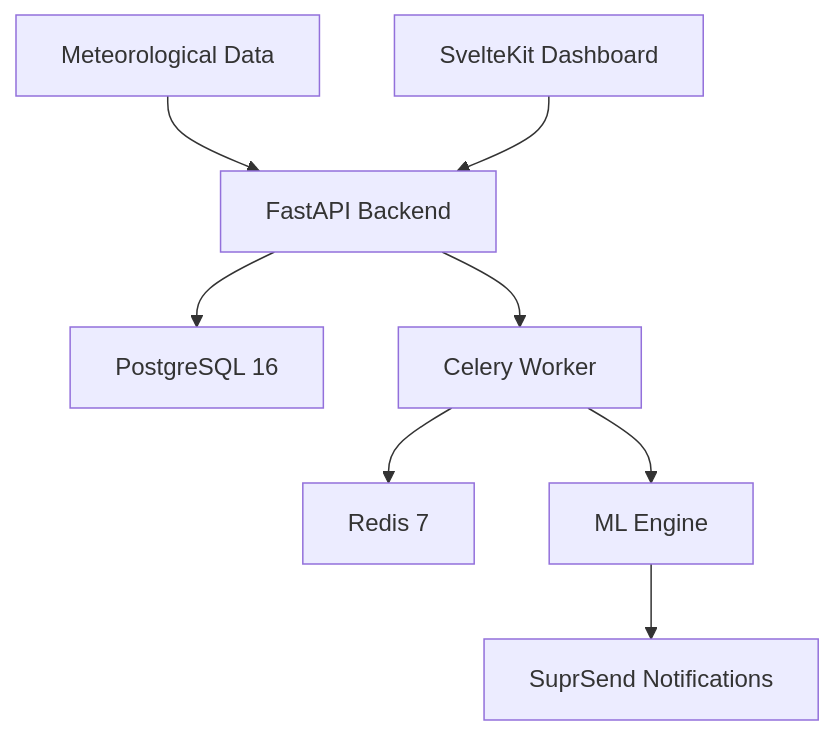
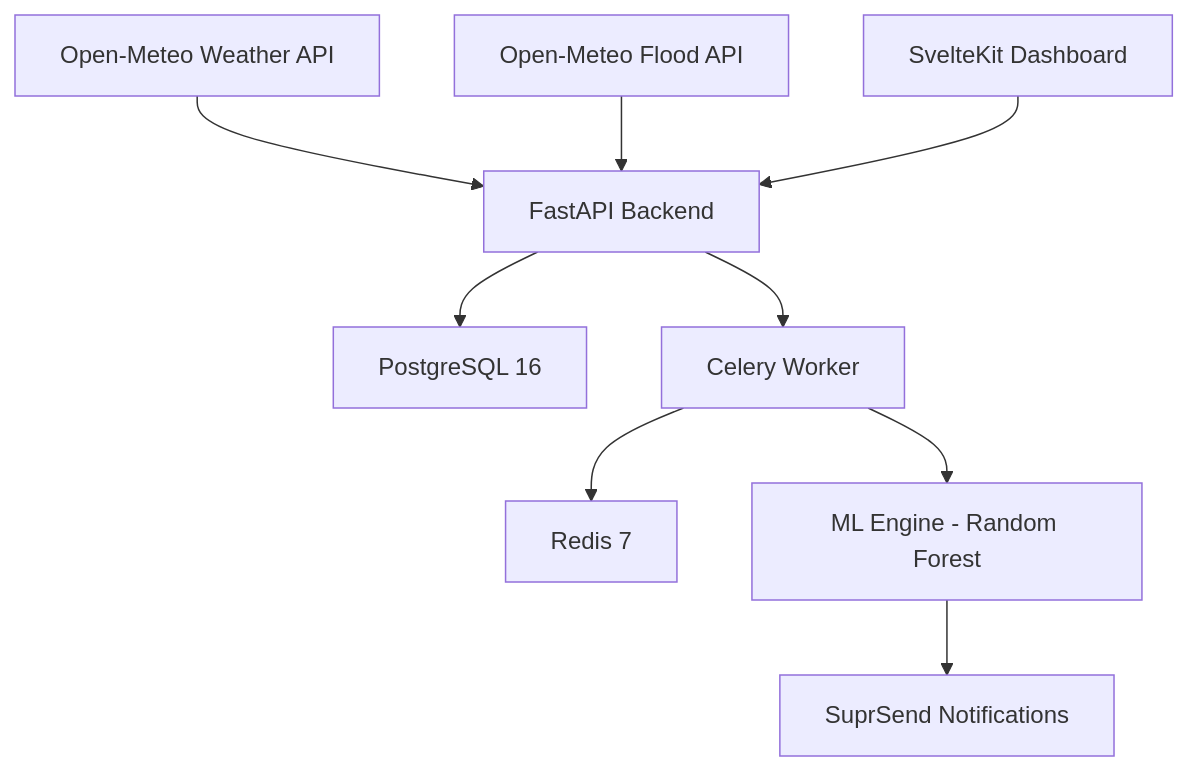
One commit to OckiyaCliff/Otuoke-FloodRisk changed the diagram in README.md. Above: the diagram before and after it, drawn with Mermaid. The commit also changed other lines of this file and 31 other files, not shown here.

````diff
--- a/README.md
+++ b/README.md
@@ -19,10 +20,11 @@
 ```mermaid
 graph TD
-    A[Meteorological Data] --> B[FastAPI Backend]
+    A[Open-Meteo Weather API] --> B[FastAPI Backend]
+    A2[Open-Meteo Flood API] --> B
     B --> C[PostgreSQL 16]
     B --> D[Celery Worker]
     D --> E[Redis 7]
-    D --> F[ML Engine]
+    D --> F[ML Engine - Random Forest]
     F --> G[SuprSend Notifications]
     H[SvelteKit Dashboard] --> B
 ```
````
